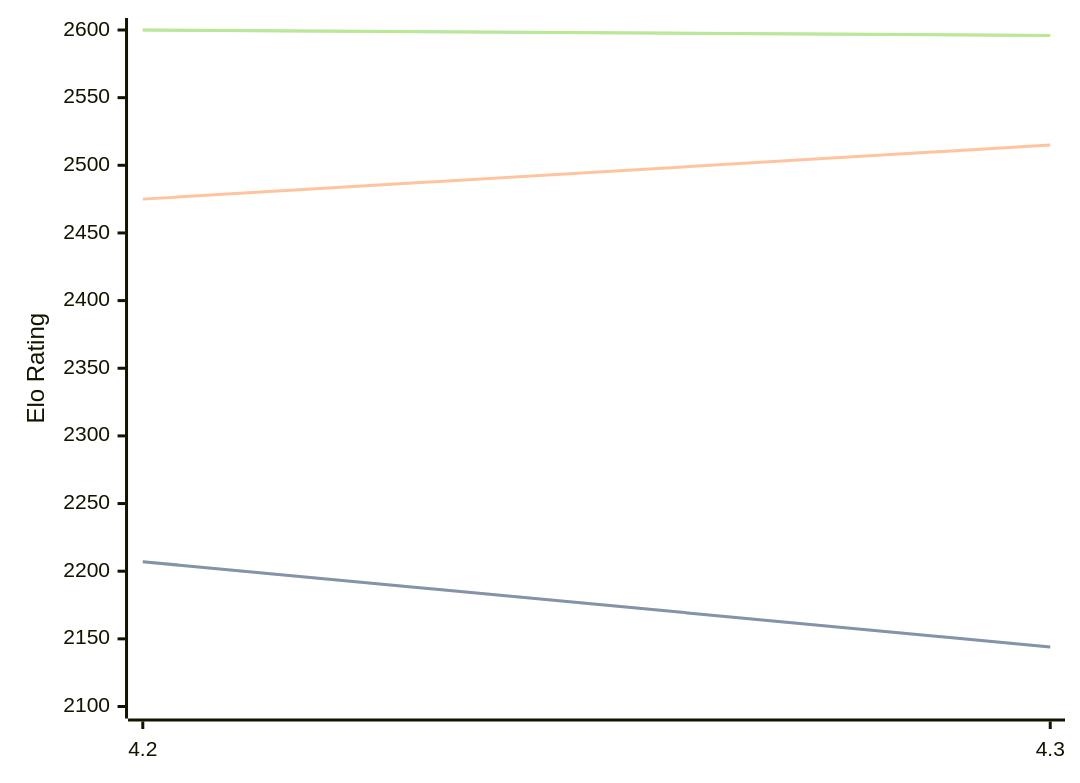
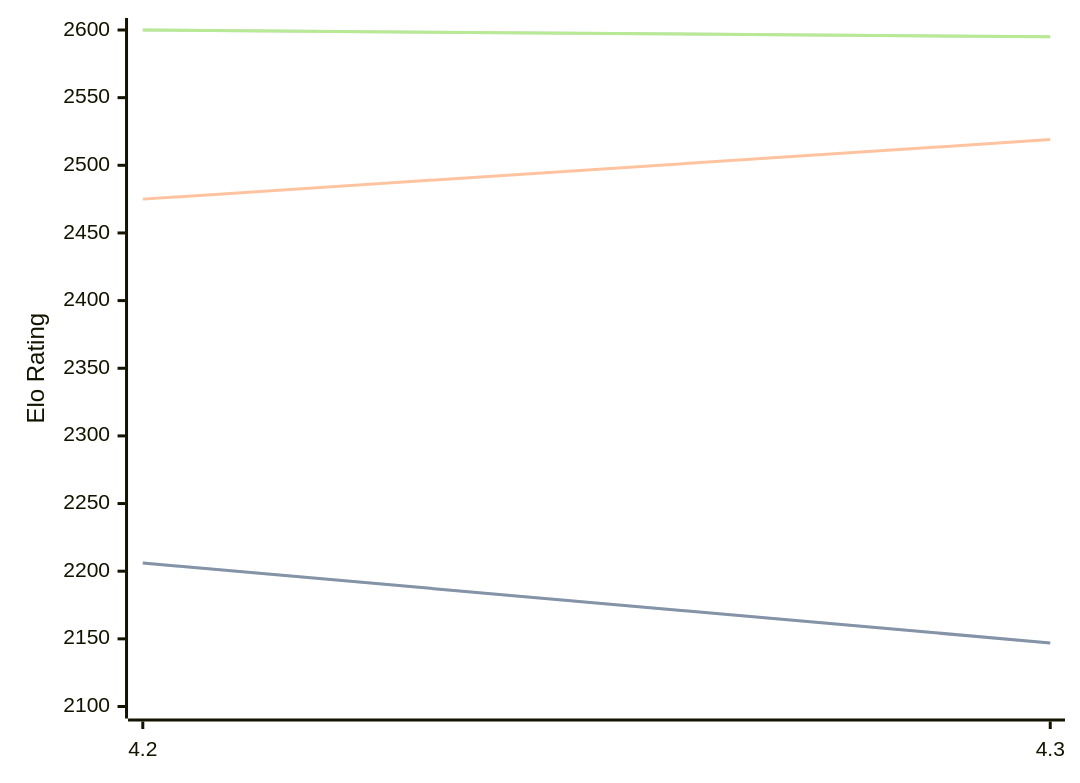
One commit to computer-chess-index/cci changed the diagram in engines/Eubos.md. Above: the diagram before and after it, drawn with Mermaid. The commit also changed other lines of this file, not shown here.

Commit message:
Update CCI Ratings (ELO VLTC) - 2026-03-04

````diff
--- a/engines/Eubos.md
+++ b/engines/Eubos.md
@@ -86,11 +86,11 @@
 ```mermaid
 %%{init: {"theme":"base","themeVariables":{"seriesColors:['#a3a3a3','#222221','#faa371']}}}%%
 xychart-beta
   x-axis ["4.2", "4.3"]
   y-axis "Elo Rating" 2100 --> 2600
-  line "STC (8.0+0.08s)" [2207, 2144]
-  line "STC (8.0+0.08s)" [2207, 2144]
-  line "LTC (60.0+0.60s)" [2475, 2515]
-  line "VLTC (2m24s+1.12s)" [2600, 2596]
-  line "VLTC (2m24s+1.12s)" [2600, 2596]
+  line "STC (8.0+0.08s)" [2206, 2147]
+  line "STC (8.0+0.08s)" [2206, 2147]
+  line "LTC (60.0+0.60s)" [2475, 2519]
+  line "VLTC (2m24s+1.12s)" [2600, 2595]
+  line "VLTC (2m24s+1.12s)" [2600, 2595]
 ```
````
